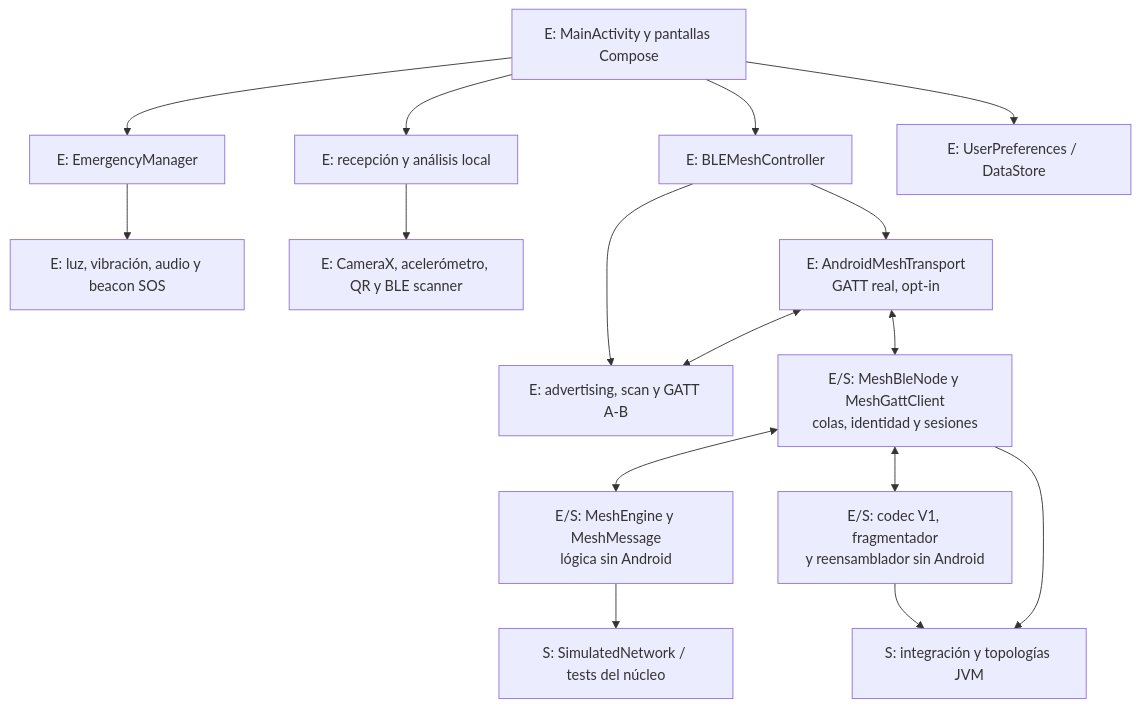
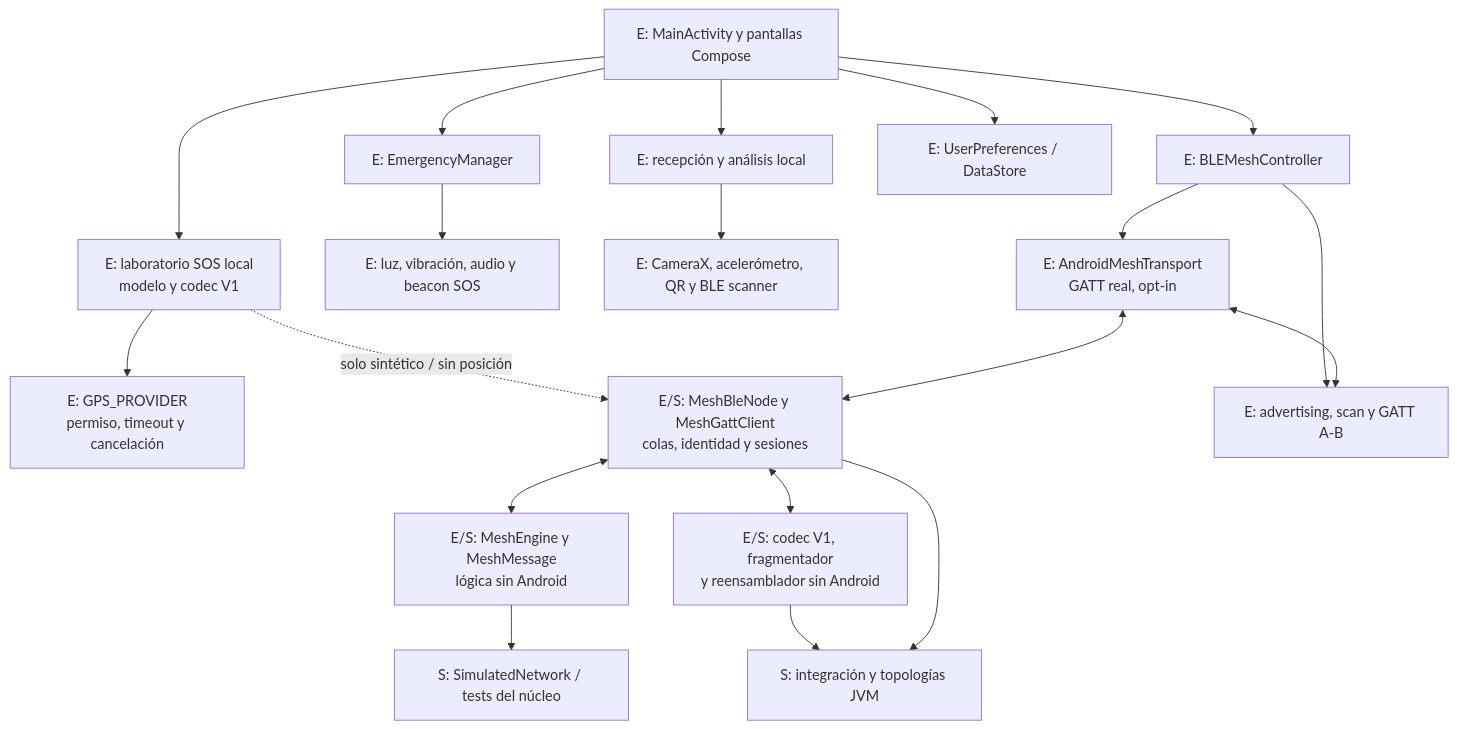
The first of 6 diagrams in PSI/Diseño-Arquitectura-BeaconChat.md (NicoButter/beaconchat), drawn with Mermaid before and after one commit. The commit also changed other lines of this file and 19 other files, not shown here.

First line of the commit message:
Implement SOS Incident and Mesh Policy functionality

````diff
--- a/PSI/Diseño-Arquitectura-BeaconChat.md
+++ b/PSI/Diseño-Arquitectura-BeaconChat.md
@@ -30,18 +32,21 @@
 ```mermaid
 flowchart TB
     UI["E: MainActivity y pantallas Compose"] --> EM["E: EmergencyManager"]
     UI --> BC["E: BLEMeshController"]
     UI --> RX["E: recepción y análisis local"]
     UI --> PREF["E: UserPreferences / DataStore"]
+    UI --> SOSLAB["E: laboratorio SOS local<br/>modelo y codec V1"]
+    SOSLAB --> GPS["E: GPS_PROVIDER<br/>permiso, timeout y cancelación"]
+    SOSLAB -. "solo sintético / sin posición" .-> POLICY
     EM --> SIG["E: luz, vibración, audio y beacon SOS"]
     RX --> SENSOR["E: CameraX, acelerómetro, QR y BLE scanner"]
     BC --> RADIO["E: advertising, scan y GATT A-B"]
     BC --> ANDROID["E: AndroidMeshTransport<br/>GATT real, opt-in"]
     ANDROID <--> POLICY["E/S: MeshBleNode y MeshGattClient<br/>colas, identidad y sesiones"]
     ANDROID <--> RADIO
     POLICY <--> CORE["E/S: MeshEngine y MeshMessage<br/>lógica sin Android"]
     POLICY <--> WIRE["E/S: codec V1, fragmentador<br/>y reensamblador sin Android"]
     WIRE --> TEST["S: integración y topologías JVM"]
     POLICY --> TEST
     CORE --> OLDTEST["S: SimulatedNetwork / tests del núcleo"]
 ```
````
